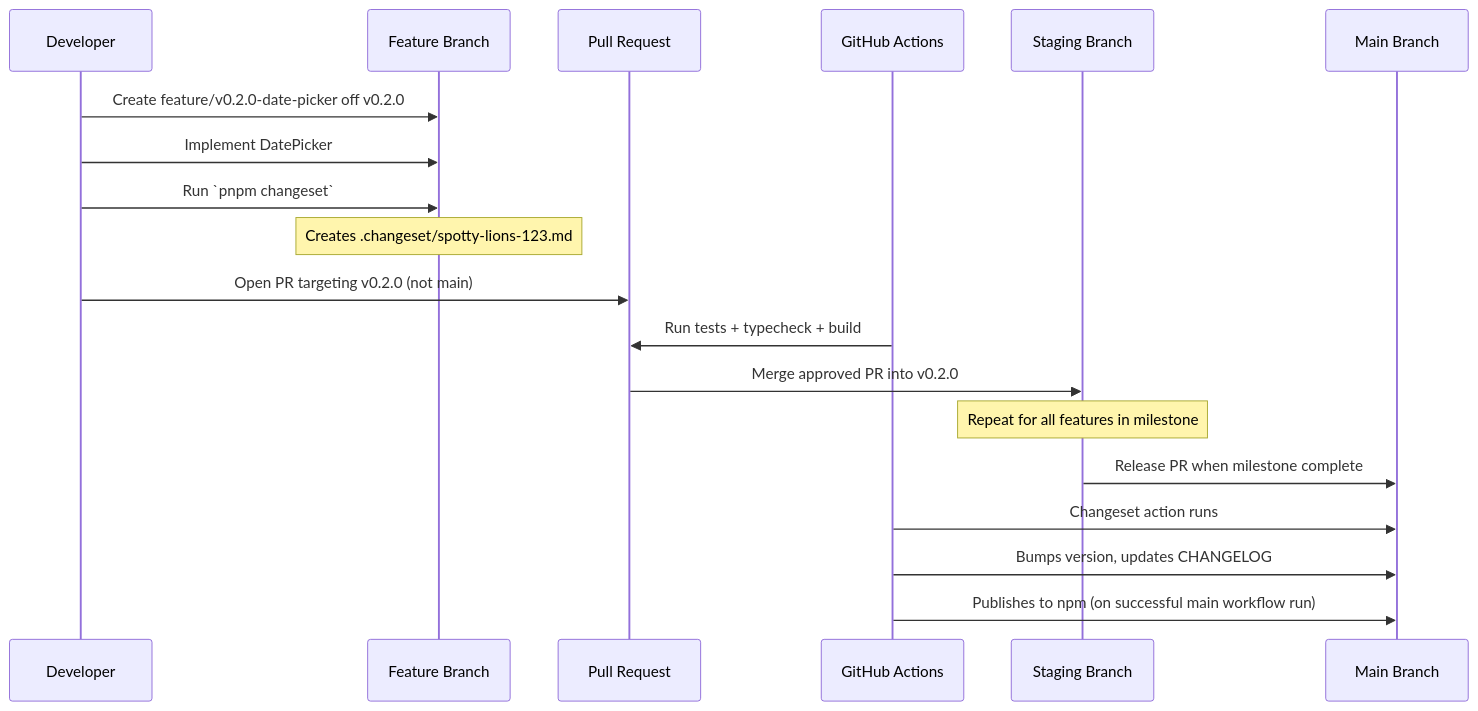
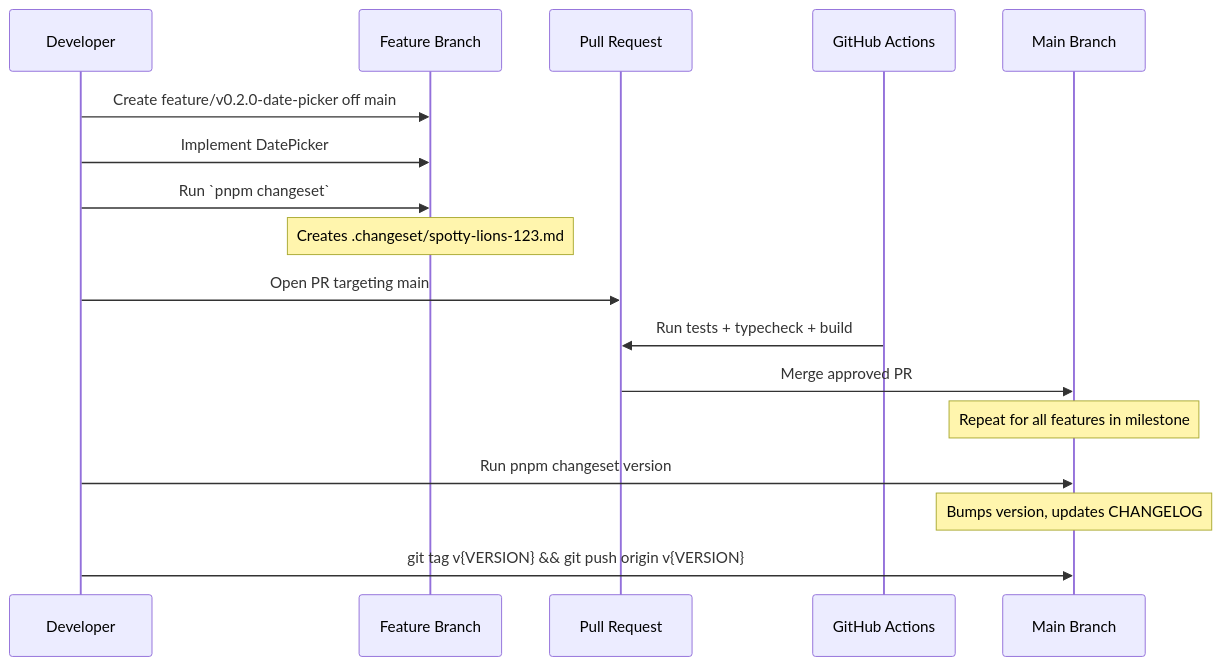
The fourth of 4 diagrams in docs/roadmap.md (WianVDM/schema-framework), drawn with Mermaid before and after one commit. The commit also changed other lines of this file and 7 other files, not shown here.

First line of the commit message:
refactor: migrate from staging branches to versioned GitHub Flow

````diff
--- a/docs/roadmap.md
+++ b/docs/roadmap.md
@@ -528,22 +519,20 @@
 ```mermaid
 sequenceDiagram
     participant Dev as Developer
     participant Branch as Feature Branch
     participant PR as Pull Request
     participant CI as GitHub Actions
-    participant Staging as Staging Branch
     participant Main as Main Branch
 
-    Dev->>Branch: Create feature/v0.2.0-date-picker off v0.2.0
+    Dev->>Branch: Create feature/v0.2.0-date-picker off main
     Dev->>Branch: Implement DatePicker
     Dev->>Branch: Run `pnpm changeset`
     Note over Branch: Creates .changeset/spotty-lions-123.md
-    Dev->>PR: Open PR targeting v0.2.0 (not main)
+    Dev->>PR: Open PR targeting main
     CI->>PR: Run tests + typecheck + build
-    PR->>Staging: Merge approved PR into v0.2.0
-    Note over Staging: Repeat for all features in milestone
-    Staging->>Main: Release PR when milestone complete
-    CI->>Main: Changeset action runs
-    CI->>Main: Bumps version, updates CHANGELOG
-    CI->>Main: Publishes to npm (on successful main workflow run)
+    PR->>Main: Merge approved PR
+    Note over Main: Repeat for all features in milestone
+    Dev->>Main: Run pnpm changeset version
+    Note over Main: Bumps version, updates CHANGELOG
+    Dev->>Main: git tag v{VERSION} && git push origin v{VERSION}
 ```
````
